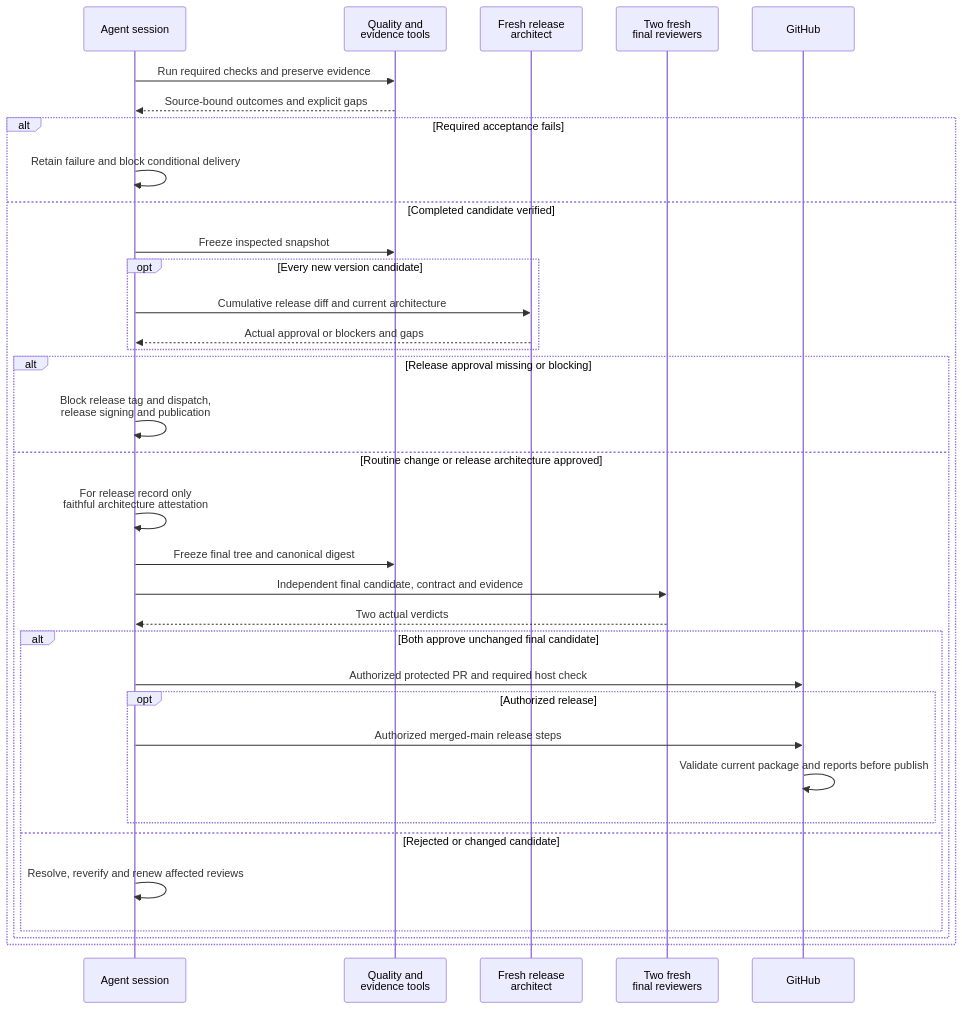
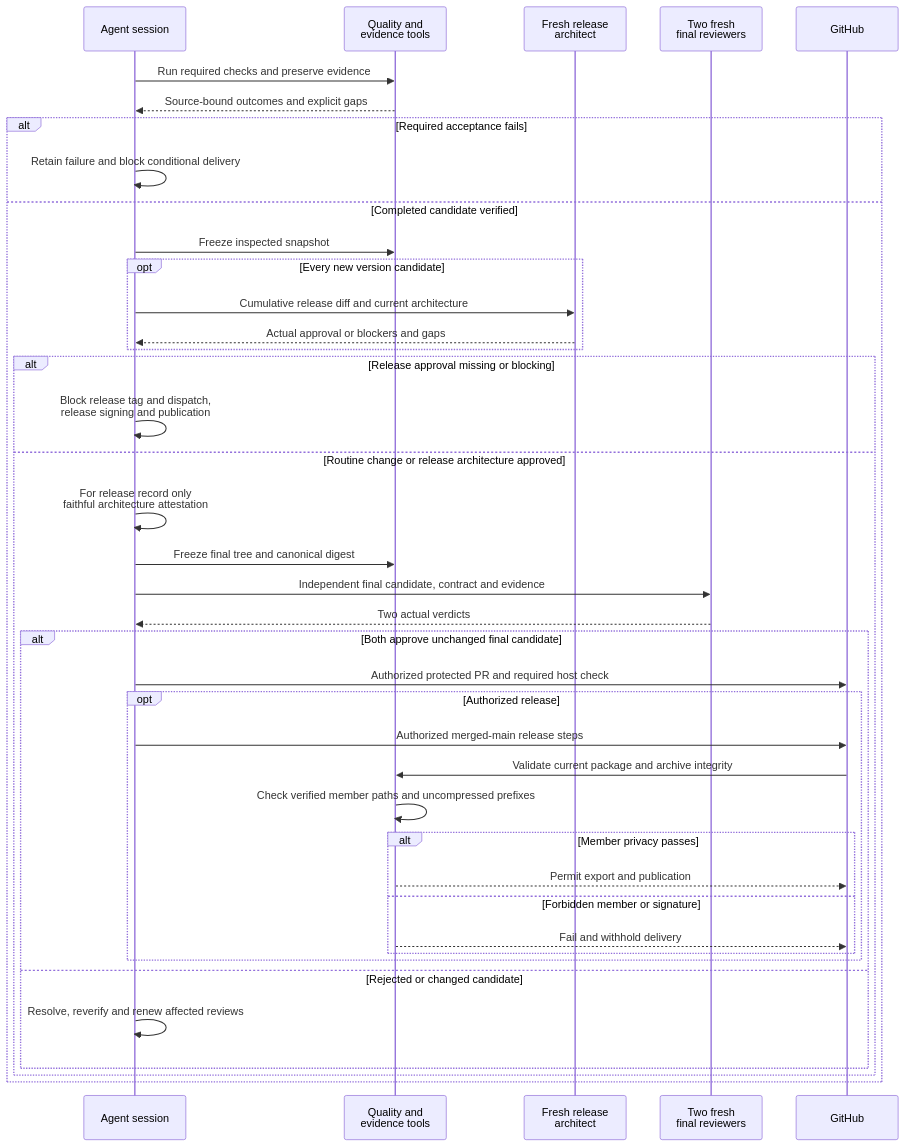
Before and after one commit to PhiLong-Ho/agent-dev-template: the second of 2 diagrams in docs/architecture/features/workflow.md, drawn with Mermaid. The commit also changed other lines of this file and 20 other files, not shown here.

Commit message:
Guard verified release archive members before publication (#7)

````diff
--- a/docs/architecture/features/workflow.md
+++ b/docs/architecture/features/workflow.md
@@ -27,36 +32,42 @@
 ```mermaid
 sequenceDiagram
     participant A as Agent session
     participant T as Quality and<br/>evidence tools
     participant AR as Fresh release<br/>architect
     participant R as Two fresh<br/>final reviewers
     participant G as GitHub
     A->>T: Run required checks and preserve evidence
     T-->>A: Source-bound outcomes and explicit gaps
     alt Required acceptance fails
         A->>A: Retain failure and block conditional delivery
     else Completed candidate verified
         A->>T: Freeze inspected snapshot
         opt Every new version candidate
             A->>AR: Cumulative release diff and current architecture
             AR-->>A: Actual approval or blockers and gaps
         end
         alt Release approval missing or blocking
             A->>A: Block release tag and dispatch,<br/>release signing and publication
         else Routine change or release architecture approved
             A->>A: For release record only<br/>faithful architecture attestation
             A->>T: Freeze final tree and canonical digest
             A->>R: Independent final candidate, contract and evidence
             R-->>A: Two actual verdicts
             alt Both approve unchanged final candidate
                 A->>G: Authorized protected PR and required host check
                 opt Authorized release
                     A->>G: Authorized merged-main release steps
-                    G->>G: Validate current package and reports before publish
+                    G->>T: Validate current package and archive integrity
+                    T->>T: Check verified member paths and uncompressed prefixes
+                    alt Member privacy passes
+                        T-->>G: Permit export and publication
+                    else Forbidden member or signature
+                        T-->>G: Fail and withhold delivery
+                    end
                 end
             else Rejected or changed candidate
                 A->>A: Resolve, reverify and renew affected reviews
             end
         end
     end
 ```
````
